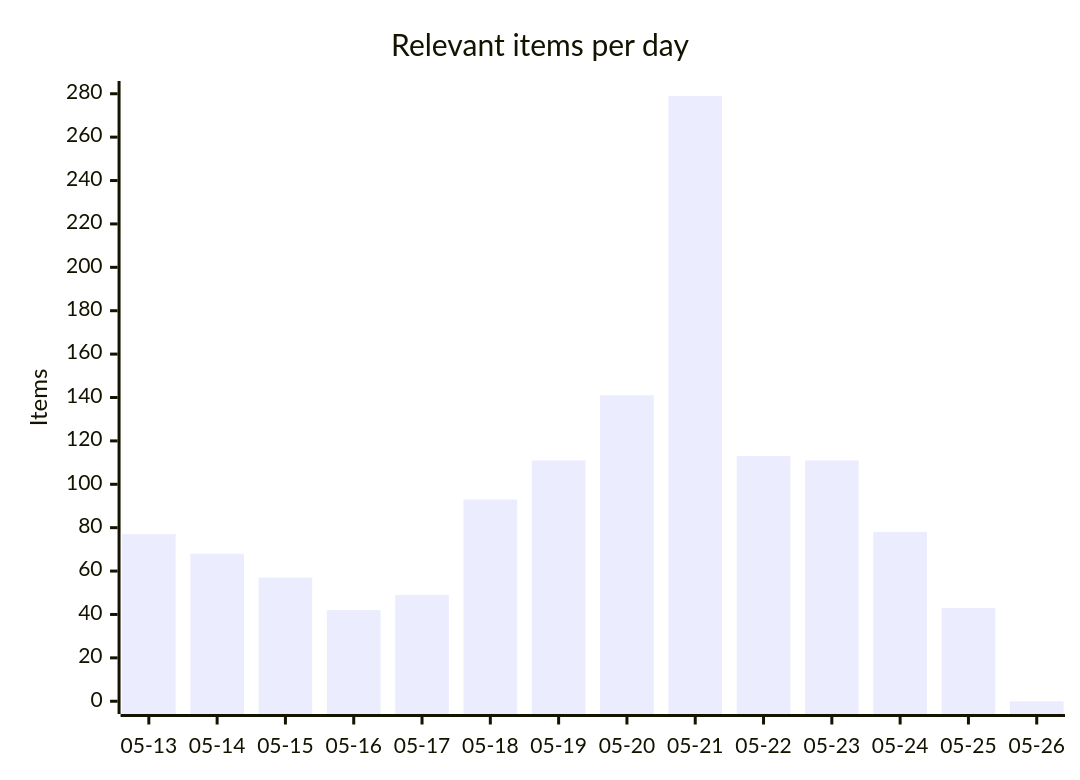
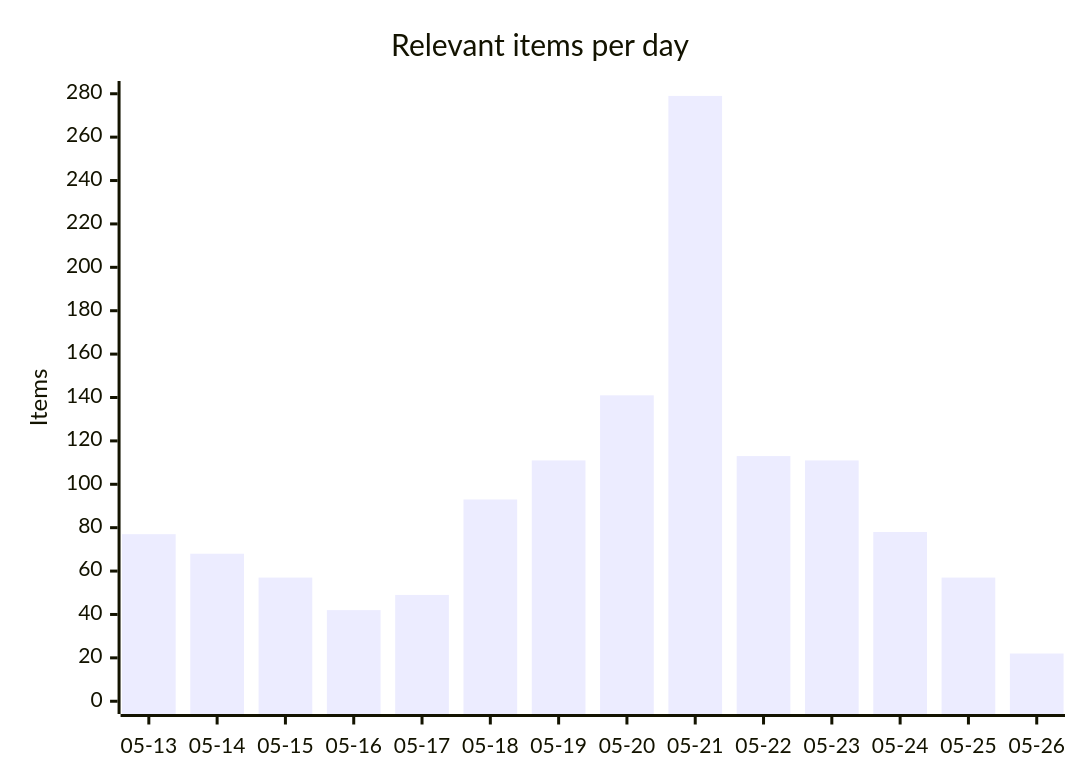
One commit to martinbalfanz/social-scanner-reports changed the first of 4 diagrams in README.md. Above: the diagram before and after it, drawn with Mermaid. The commit also changed other lines of this file and 4 other files, not shown here.

````diff
--- a/README.md
+++ b/README.md
@@ -30,7 +30,7 @@
 ```mermaid
 xychart-beta
     title "Relevant items per day"
     x-axis ["05-13", "05-14", "05-15", "05-16", "05-17", "05-18", "05-19", "05-20", "05-21", "05-22", "05-23", "05-24", "05-25", "05-26"]
     y-axis "Items" 0 --> 280
-    bar [77, 68, 57, 42, 49, 93, 111, 141, 279, 113, 111, 78, 43, 0]
+    bar [77, 68, 57, 42, 49, 93, 111, 141, 279, 113, 111, 78, 57, 22]
 ```
````
